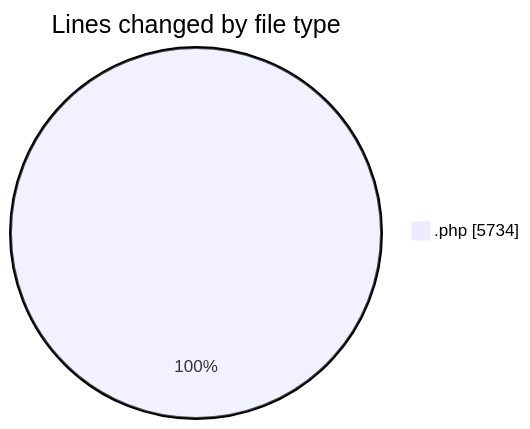
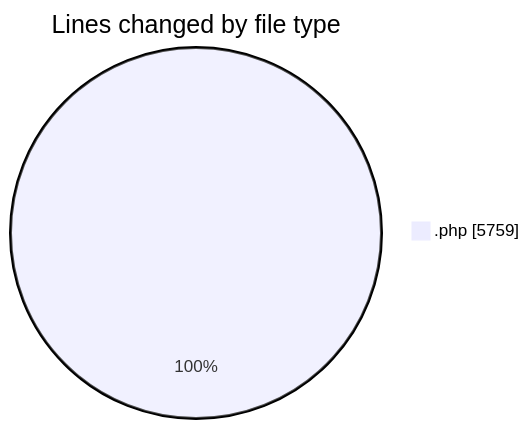
Before and after one commit to debugP/code-tracking: the first of 2 diagrams in 2025-10-03/untitled__workspace_/README.md, drawn with Mermaid. The commit also changed other lines of this file and 1 other file, not shown here.

````diff
--- a/2025-10-03/untitled__workspace_/README.md
+++ b/2025-10-03/untitled__workspace_/README.md
@@ -23,5 +23,5 @@
 ```mermaid
 pie showData
 title Lines changed by file type
-".php" : 5734
+".php" : 5759
 ```
````
